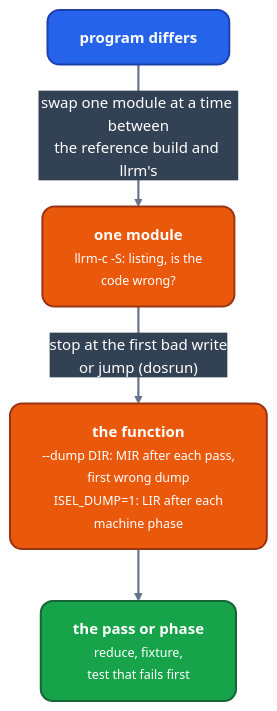
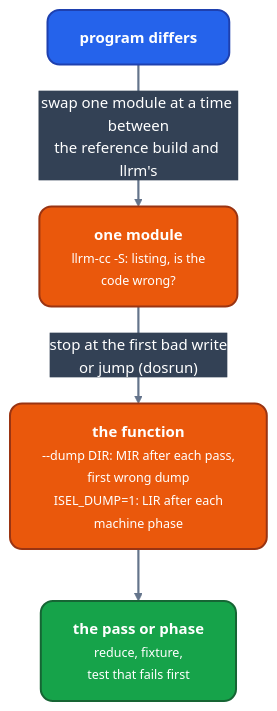
One commit to ali-mosavian/llrm changed the first of 2 diagrams in docs/working/debugging.md. Above: the diagram before and after it, drawn with Mermaid. The commit also changed other lines of this file and 411 other files, not shown here.

````diff
--- a/docs/working/debugging.md
+++ b/docs/working/debugging.md
@@ -5,15 +5,15 @@
 ```mermaid
 %%{init: {'theme':'base','themeVariables':{'fontFamily':'Segoe UI, Helvetica Neue, Arial, DejaVu Sans, sans-serif','fontSize':'15px','primaryColor':'#475569','primaryTextColor':'#ffffff','primaryBorderColor':'#334155','lineColor':'#64748b','secondaryColor':'#475569','tertiaryColor':'transparent','clusterBkg':'transparent','clusterBorder':'#64748b','edgeLabelBackground':'#334155','textColor':'#64748b','titleColor':'#64748b'},'flowchart':{'curve':'basis','nodeSpacing':38,'rankSpacing':52,'padding':16,'wrappingWidth':360,'htmlLabels':true,'useMaxWidth':true}}}%%
 flowchart TB
   classDef src fill:#2563eb,stroke:#1e40af,stroke-width:2px,color:#ffffff,rx:12px,ry:12px
   classDef opt fill:#ea580c,stroke:#9a3412,stroke-width:2px,color:#ffffff,rx:12px,ry:12px
   classDef out fill:#16a34a,stroke:#166534,stroke-width:2px,color:#ffffff,rx:12px,ry:12px
   linkStyle default stroke:#64748b,stroke-width:2.2px
   a["<b>program differs</b>"]:::src
-  b["<b>one module</b><br/><small>llrm-c -S: listing, is the<br/>code wrong?</small>"]:::opt
+  b["<b>one module</b><br/><small>llrm-cc -S: listing, is the<br/>code wrong?</small>"]:::opt
   c["<b>the function</b><br/><small>--dump DIR: MIR after each pass,<br/>first wrong dump<br/>ISEL_DUMP=1: LIR after each<br/>machine phase</small>"]:::opt
   d["<b>the pass or phase</b><br/><small>reduce, fixture,<br/>test that fails first</small>"]:::out
   a -->|"swap one module at a time between<br/>the reference build and llrm's"| b
   b -->|"stop at the first bad write<br/>or jump (dosrun)"| c
   c --> d
 ```
````
